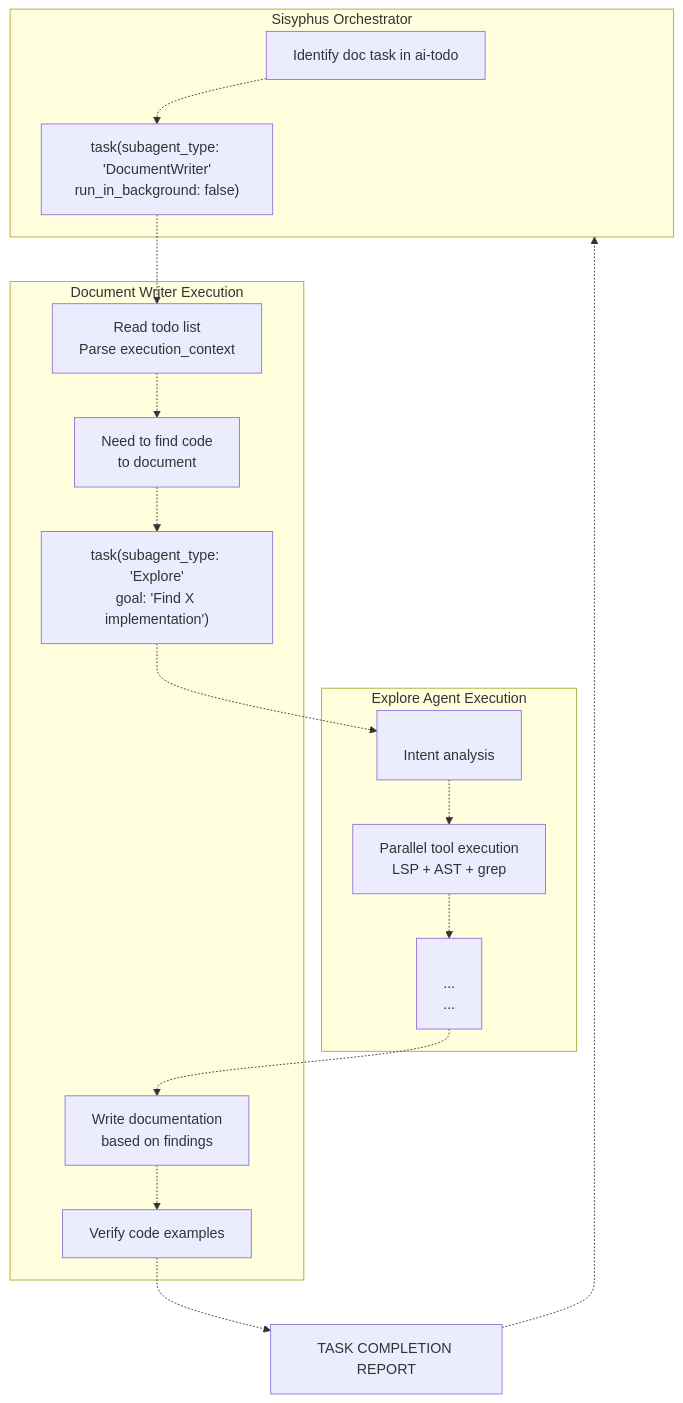
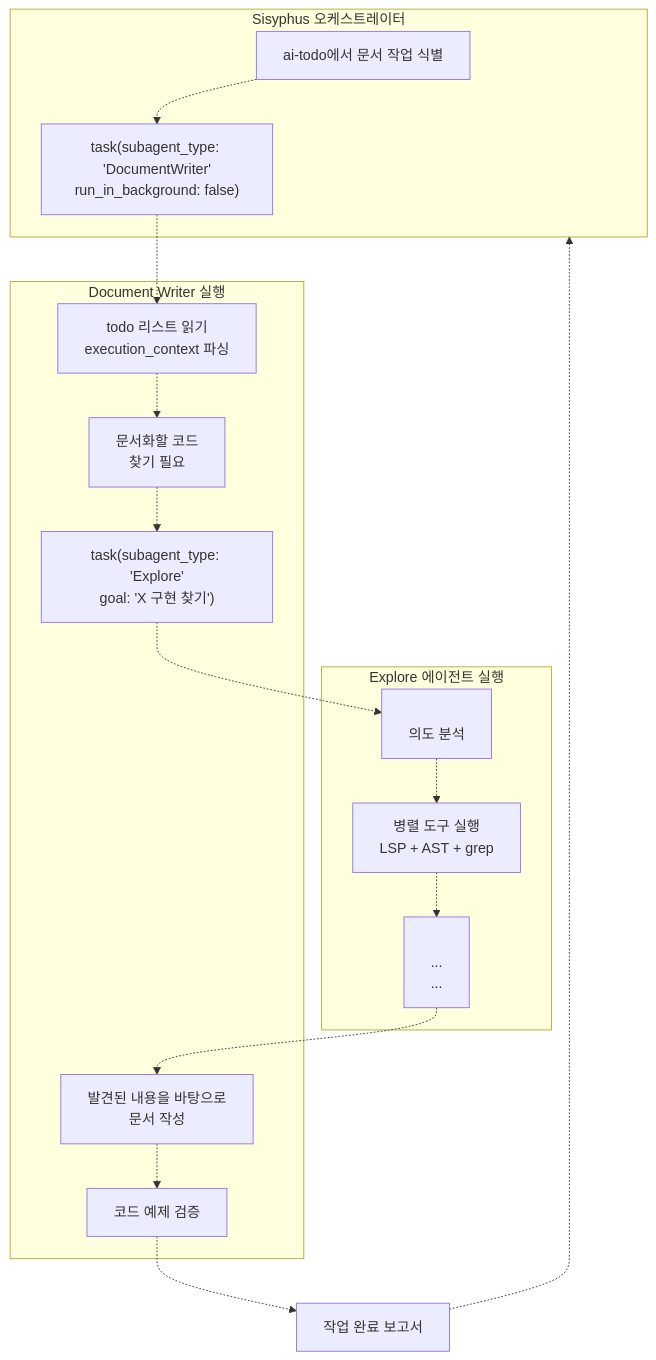
Before and after one commit to felipetruman/oh-my-opencode-docs: the seventh of 8 diagrams in docs/agents/document-writer.md, drawn with Mermaid. The commit also changed other lines of this file and 76 other files, not shown here.

````diff
--- a/docs/agents/document-writer.md
+++ b/docs/agents/document-writer.md
@@ -458,46 +458,46 @@
 ```mermaid
 flowchart TD
 
-STask["Identify doc task in ai-todo"]
+STask["ai-todo에서 문서 작업 식별"]
 SDelegat["task(subagent_type: 'DocumentWriter'<br>run_in_background: false)"]
-DRead["Read todo list<br>Parse execution_context"]
-DExplore["Need to find code<br>to document"]
-DDelegat["task(subagent_type: 'Explore'<br>goal: 'Find X implementation')"]
-DWrite["Write documentation<br>based on findings"]
-DVerify["Verify code examples"]
-EAnalyze["<br>Intent analysis<br>"]
-ESearch["Parallel tool execution<br>LSP + AST + grep"]
+DRead["todo 리스트 읽기<br>execution_context 파싱"]
+DExplore["문서화할 코드<br>찾기 필요"]
+DDelegat["task(subagent_type: 'Explore'<br>goal: 'X 구현 찾기')"]
+DWrite["발견된 내용을 바탕으로<br>문서 작성"]
+DVerify["코드 예제 검증"]
+EAnalyze["<br>의도 분석<br>"]
+ESearch["병렬 도구 실행<br>LSP + AST + grep"]
 EResults["<br>...<br>...<br>"]
-Report["TASK COMPLETION REPORT"]
+Report["작업 완료 보고서"]
 
 SDelegat -.-> DRead
 DDelegat -.-> EAnalyze
 EResults -.-> DWrite
 DVerify -.-> Report
 Report -.-> Sisyphus
 
-subgraph Explore ["Explore Agent Execution"]
+subgraph Explore ["Explore 에이전트 실행"]
     EAnalyze
     ESearch
     EResults
     EAnalyze -.-> ESearch
     ESearch -.-> EResults
 end
 
-subgraph DocumentWriter ["Document Writer Execution"]
+subgraph DocumentWriter ["Document Writer 실행"]
     DRead
     DExplore
     DDelegat
     DWrite
     DVerify
     DRead -.-> DExplore
     DExplore -.-> DDelegat
     DWrite -.-> DVerify
 end
 
-subgraph Sisyphus ["Sisyphus Orchestrator"]
+subgraph Sisyphus ["Sisyphus 오케스트레이터"]
     STask
     SDelegat
     STask -.-> SDelegat
 end
 ```
````
